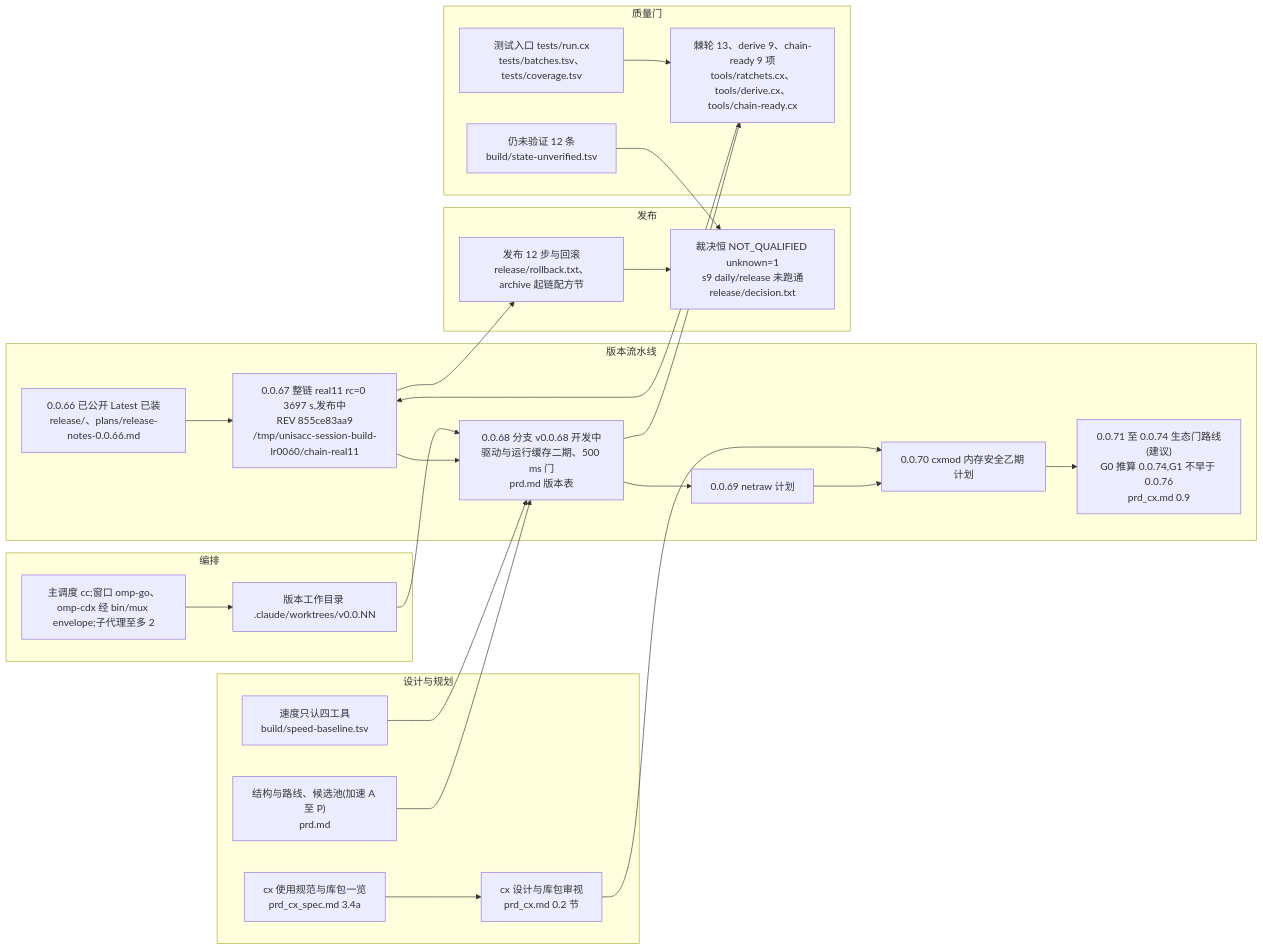
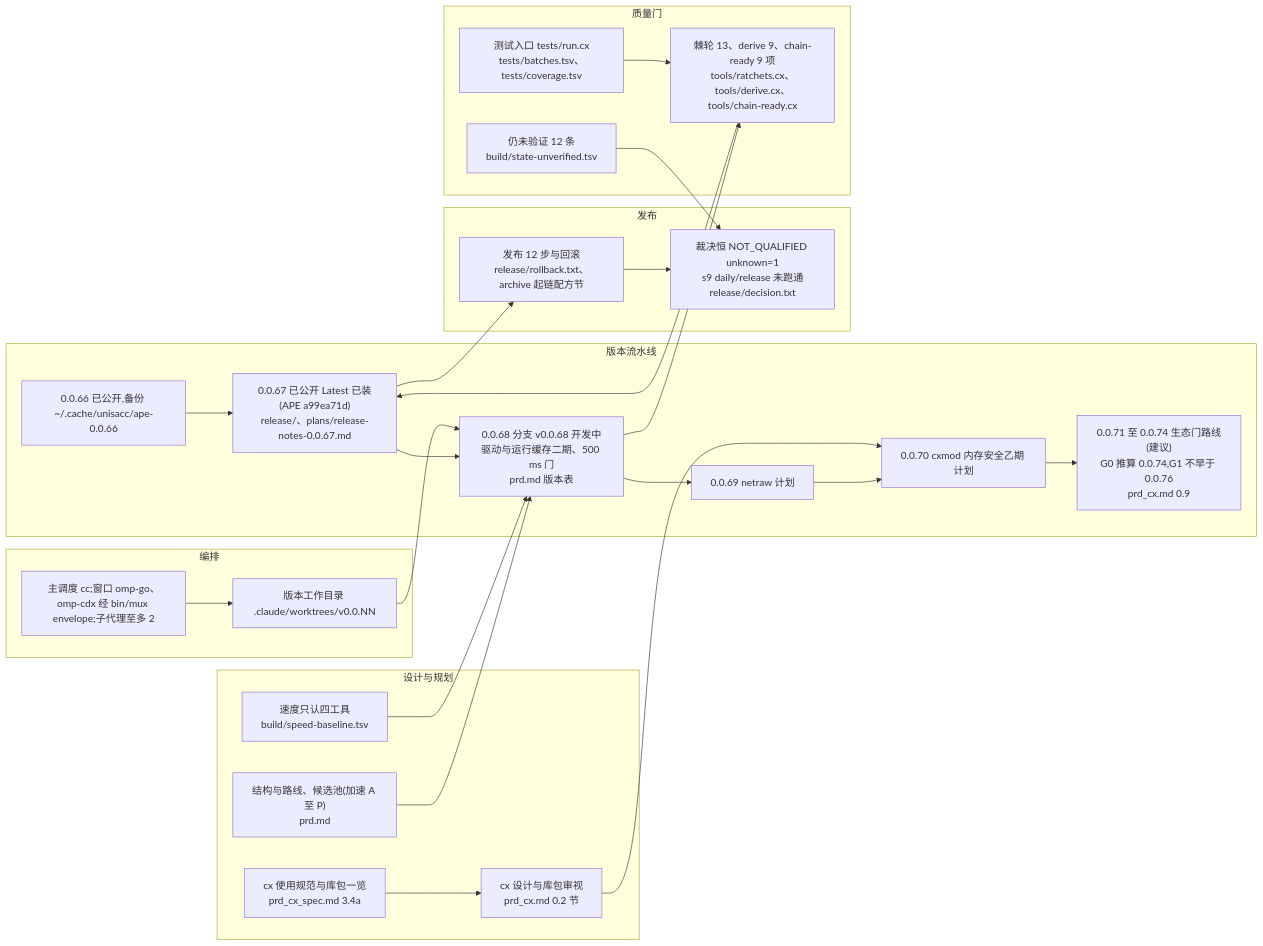
The diagram in prd_mempalace.md (partnernetsoftware/unisacc), drawn with Mermaid before and after one commit. The commit also changed 2 other files, not shown here.

Commit message:
装机 0.0.67 回执与根身份;记忆宫殿 0.0.67 公开装机节点

````diff
--- a/prd_mempalace.md
+++ b/prd_mempalace.md
@@ -15,41 +15,41 @@
 ```mermaid
 flowchart LR
   subgraph 版本流水线
-    V66["0.0.66 已公开 Latest 已装<br/>release/、plans/release-notes-0.0.66.md"]
-    V67["0.0.67 整链 real11 rc=0 3697 s,发布中<br/>REV 855ce83aa9<br/>/tmp/unisacc-session-build-lr0060/chain-real11"]
+    V66["0.0.66 已公开,备份 ~/.cache/unisacc/ape-0.0.66"]
+    V67["0.0.67 已公开 Latest 已装(APE a99ea71d)<br/>release/、plans/release-notes-0.0.67.md"]
     V68["0.0.68 分支 v0.0.68 开发中<br/>驱动与运行缓存二期、500 ms 门<br/>prd.md 版本表"]
     V69["0.0.69 netraw 计划"]
     V70["0.0.70 cxmod 内存安全乙期 计划"]
     ECO["0.0.71 至 0.0.74 生态门路线(建议)<br/>G0 推算 0.0.74,G1 不早于 0.0.76<br/>prd_cx.md 0.9"]
     V66 --> V67 --> V68 --> V69 --> V70 --> ECO
   end
   subgraph 发布
     REL["发布 12 步与回滚<br/>release/rollback.txt、archive 起链配方节"]
     Q["裁决恒 NOT_QUALIFIED unknown=1<br/>s9 daily/release 未跑通<br/>release/decision.txt"]
   end
   subgraph 质量门
     GATE["棘轮 13、derive 9、chain-ready 9 项<br/>tools/ratchets.cx、tools/derive.cx、tools/chain-ready.cx"]
     TEST["测试入口 tests/run.cx<br/>tests/batches.tsv、tests/coverage.tsv"]
     UV["仍未验证 12 条<br/>build/state-unverified.tsv"]
   end
   subgraph 设计与规划
     PRD["结构与路线、候选池(加速 A 至 P)<br/>prd.md"]
     CX["cx 设计与库包审视<br/>prd_cx.md 0.2 节"]
     SPEC["cx 使用规范与库包一览<br/>prd_cx_spec.md 3.4a"]
     SPEED["速度只认四工具<br/>build/speed-baseline.tsv"]
   end
   subgraph 编排
     ORCH["主调度 cc;窗口 omp-go、omp-cdx 经 bin/mux envelope;子代理至多 2"]
     WT["版本工作目录 .claude/worktrees/v0.0.NN"]
   end
   V67 --> REL --> Q
   V68 --> GATE
   GATE --> V67
   TEST --> GATE
   UV --> Q
   PRD --> V68
   CX --> V70
   SPEC --> CX
   SPEED --> V68
   ORCH --> WT --> V68
 ```
````
